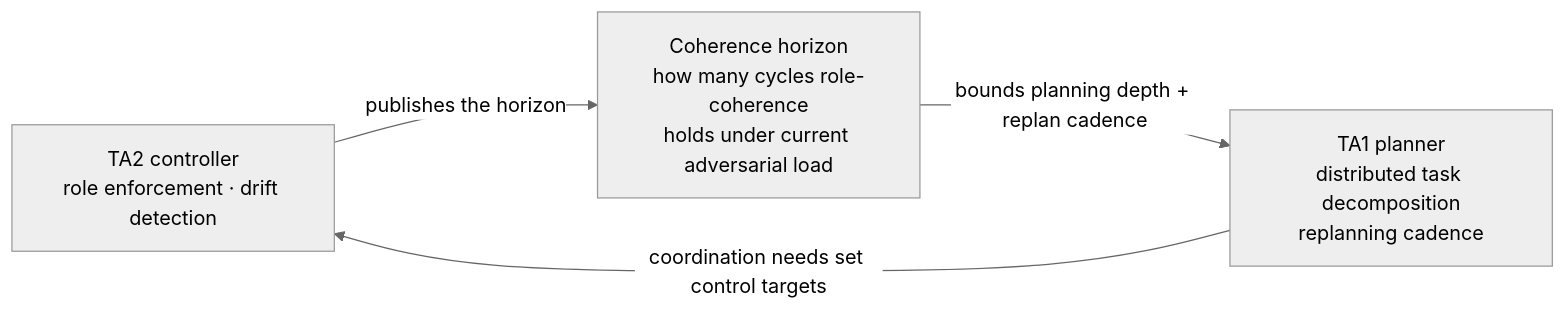
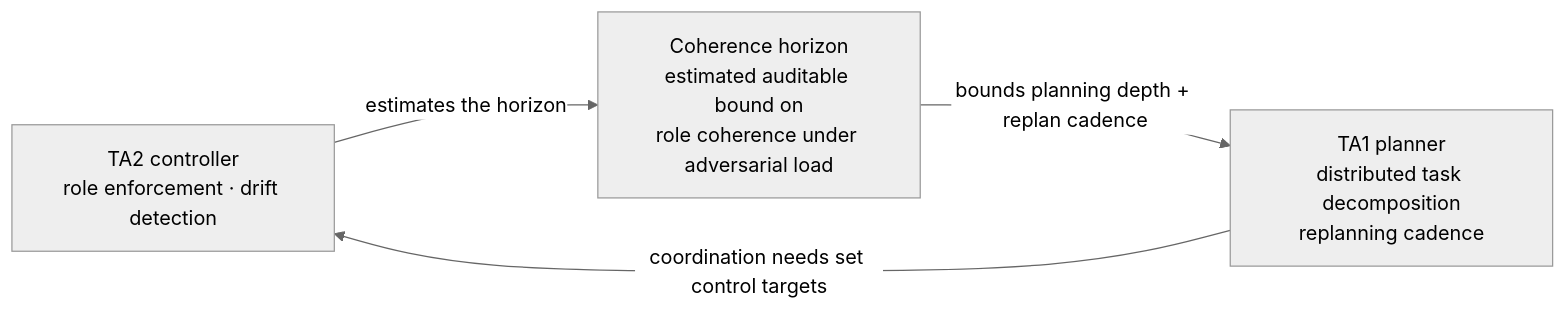
Before and after one commit to seanbradley/ryujin: the second of 2 diagrams in README.md, drawn with Mermaid (neutral theme). The commit also changed other lines of this file and 2 other files, not shown here.

````diff
--- a/README.md
+++ b/README.md
@@ -80,15 +81,15 @@
 ```mermaid
 flowchart LR
     TA2C["TA2 controller
 role enforcement · drift detection"]
     H["Coherence horizon
-how many cycles role-coherence
-holds under current adversarial load"]
+estimated auditable bound on
+role coherence under adversarial load"]
     TA1P["TA1 planner
 distributed task decomposition
 replanning cadence"]
 
-    TA2C -- "publishes the horizon" --> H
+    TA2C -- "estimates the horizon" --> H
     H -- "bounds planning depth + replan cadence" --> TA1P
     TA1P -- "coordination needs set control targets" --> TA2C
 ```
````
